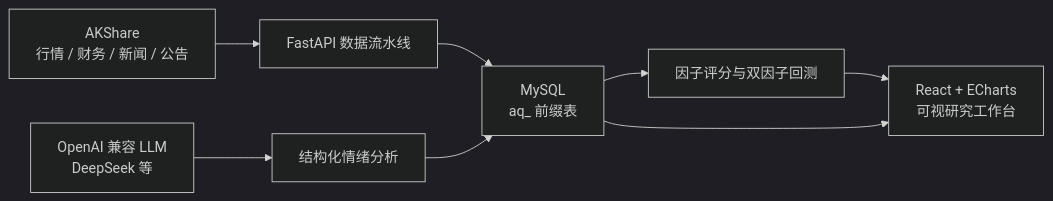
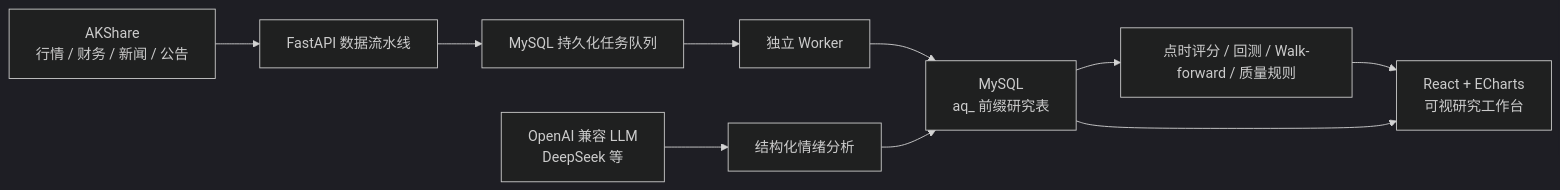
Before and after one commit to caibinice/ai-quantitative-trading: the diagram in README.md, drawn with Mermaid (dark theme). The commit also changed other lines of this file and 36 other files, not shown here.

Commit message:
feat: add research infrastructure and walk-forward validation

````diff
--- a/README.md
+++ b/README.md
@@ -20,10 +25,12 @@
 ```mermaid
 flowchart LR
     A["AKShare<br/>行情 / 财务 / 新闻 / 公告"] --> B["FastAPI 数据流水线"]
     C["OpenAI 兼容 LLM<br/>DeepSeek 等"] --> D["结构化情绪分析"]
-    B --> E["MySQL<br/>aq_ 前缀表"]
+    B --> H["MySQL 持久化任务队列"]
+    H --> I["独立 Worker"]
+    I --> E["MySQL<br/>aq_ 前缀研究表"]
     D --> E
-    E --> F["因子评分与双因子回测"]
+    E --> F["点时评分 / 回测 / Walk-forward / 质量规则"]
     F --> G["React + ECharts<br/>可视研究工作台"]
     E --> G
 ```
````
